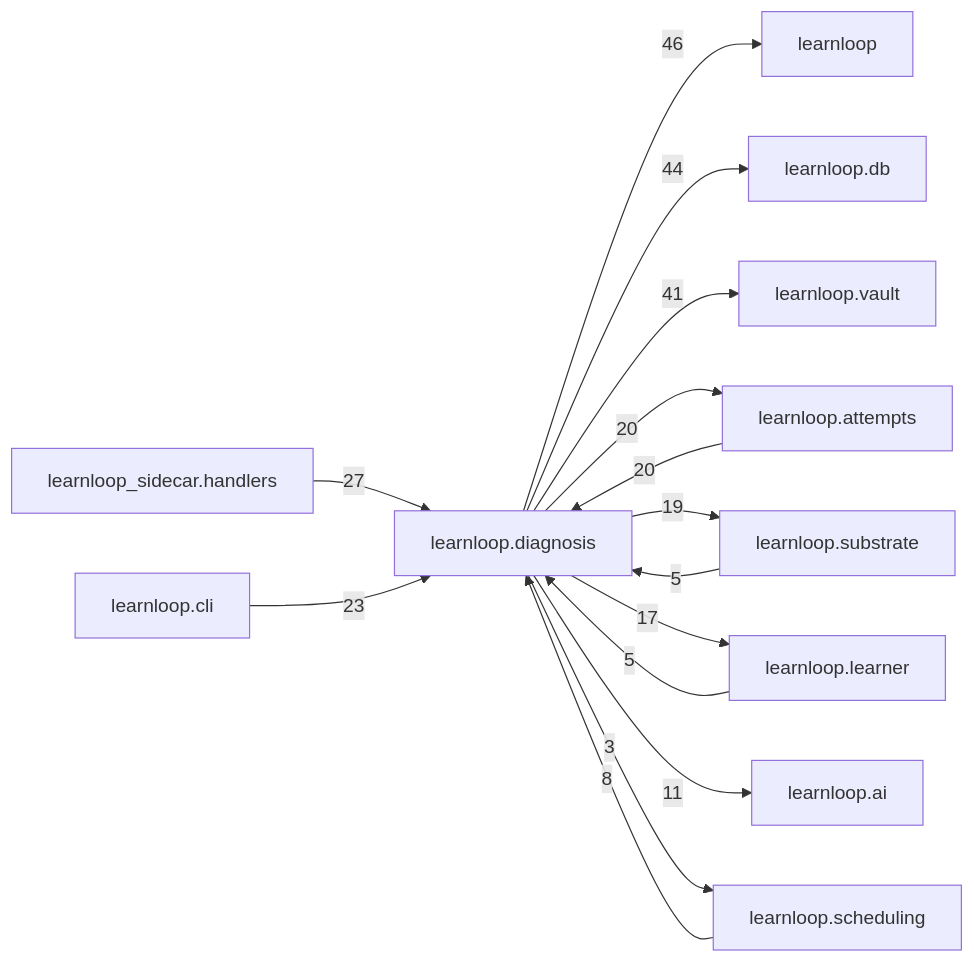
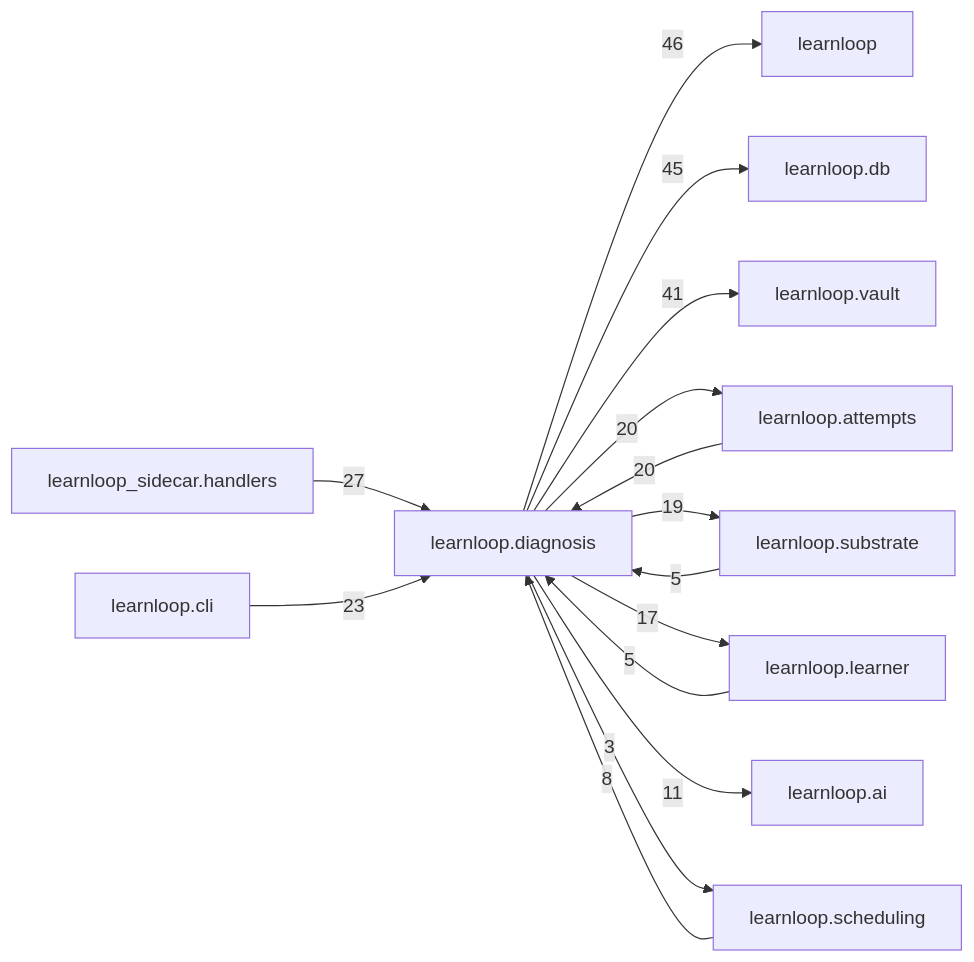
The diagram in docs/learnloop-architecture-vault/Reference/Modules/learnloop/diagnosis/_package.md (6up-b/learnanything), drawn with Mermaid before and after one commit. The commit also changed other lines of this file and 338 other files, not shown here.

````diff
--- a/docs/learnloop-architecture-vault/Reference/Modules/learnloop/diagnosis/_package.md
+++ b/docs/learnloop-architecture-vault/Reference/Modules/learnloop/diagnosis/_package.md
@@ -199,28 +199,28 @@
 ```mermaid
 flowchart LR
     center["learnloop.diagnosis"]
     n_learnloop["learnloop"]
     n_learnloop_db["learnloop.db"]
     n_learnloop_vault["learnloop.vault"]
     n_learnloop_attempts["learnloop.attempts"]
     n_learnloop_sidecar_handlers["learnloop_sidecar.handlers"]
     n_learnloop_substrate["learnloop.substrate"]
     n_learnloop_cli["learnloop.cli"]
     n_learnloop_learner["learnloop.learner"]
     n_learnloop_ai["learnloop.ai"]
     n_learnloop_scheduling["learnloop.scheduling"]
     center -->|46| n_learnloop
-    center -->|44| n_learnloop_db
+    center -->|45| n_learnloop_db
     center -->|41| n_learnloop_vault
     n_learnloop_attempts -->|20| center
     center -->|20| n_learnloop_attempts
     n_learnloop_sidecar_handlers -->|27| center
     n_learnloop_substrate -->|5| center
     center -->|19| n_learnloop_substrate
     n_learnloop_cli -->|23| center
     n_learnloop_learner -->|5| center
     center -->|17| n_learnloop_learner
     center -->|11| n_learnloop_ai
     n_learnloop_scheduling -->|8| center
     center -->|3| n_learnloop_scheduling
 ```
````
